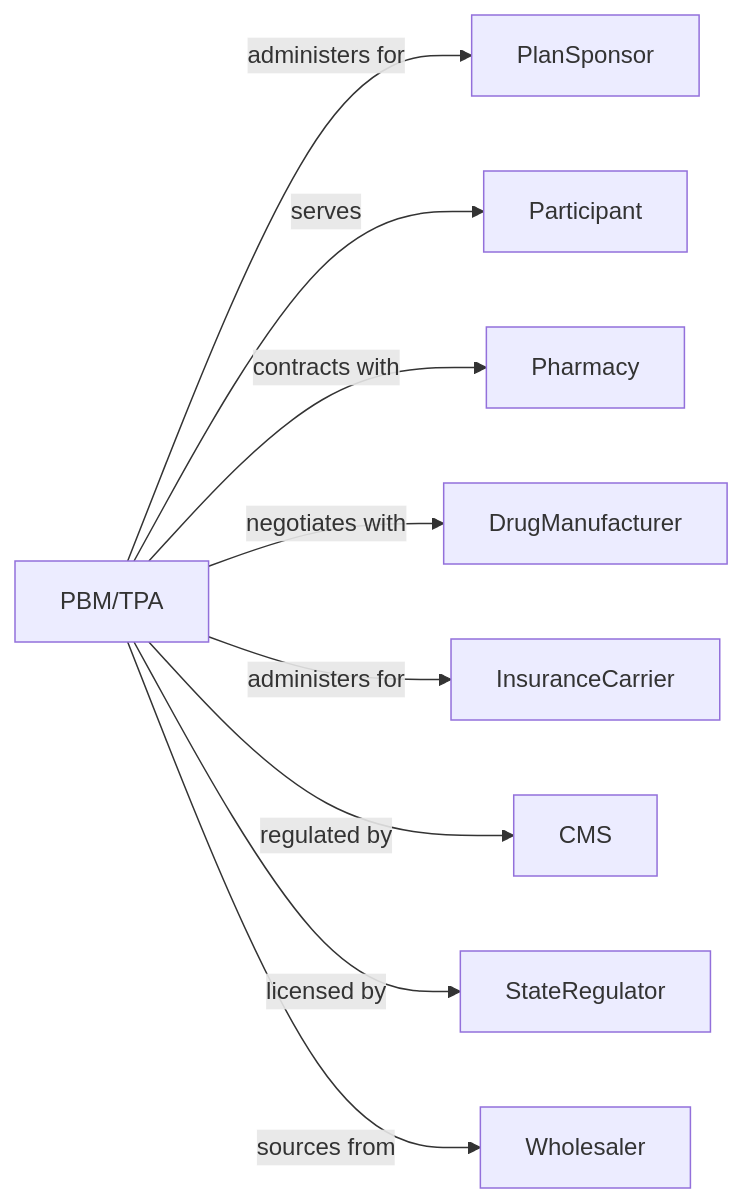
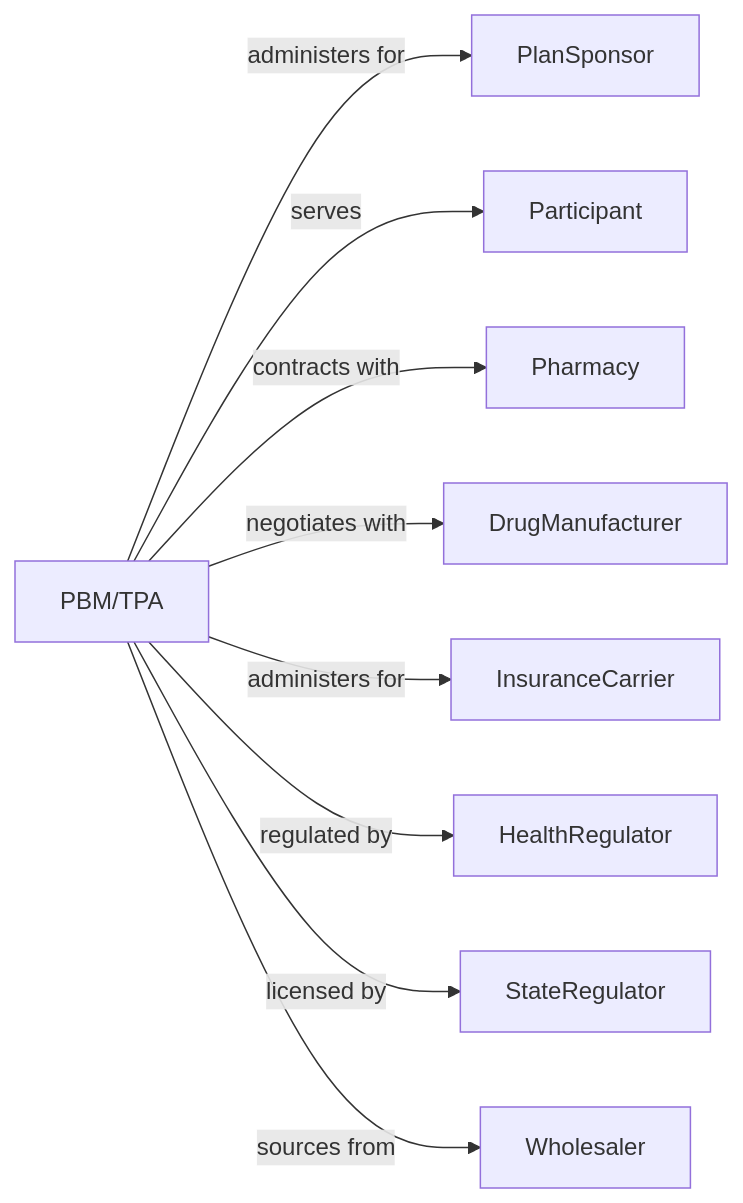
Before and after one commit to dot-org-ai/industries.org.ai: the second of 2 diagrams in Finance/InsuranceCarriersAndRelatedActivities/AgenciesBrokeragesAndOtherInsuranceRelatedActivities/PharmacyBenefitManagementAndOtherThirdPartyAdministrationOfInsuranceAndPensionFunds.mdx, drawn with Mermaid. The commit also changed other lines of this file and 639 other files, not shown here.

````diff
--- a/Finance/InsuranceCarriersAndRelatedActivities/AgenciesBrokeragesAndOtherInsuranceRelatedActivities/PharmacyBenefitManagementAndOtherThirdPartyAdministrationOfInsuranceAndPensionFunds.mdx
+++ b/Finance/InsuranceCarriersAndRelatedActivities/AgenciesBrokeragesAndOtherInsuranceRelatedActivities/PharmacyBenefitManagementAndOtherThirdPartyAdministrationOfInsuranceAndPensionFunds.mdx
@@ -128,13 +128,13 @@
 ```mermaid
 graph LR
     PBM[PBM/TPA]
 
     PBM -->|administers for| PlanSponsor
     PBM -->|serves| Participant
     PBM -->|contracts with| Pharmacy
     PBM -->|negotiates with| DrugManufacturer
     PBM -->|administers for| InsuranceCarrier
-    PBM -->|regulated by| CMS
+    PBM -->|regulated by| HealthRegulator
     PBM -->|licensed by| StateRegulator
     PBM -->|sources from| Wholesaler
 ```
````
